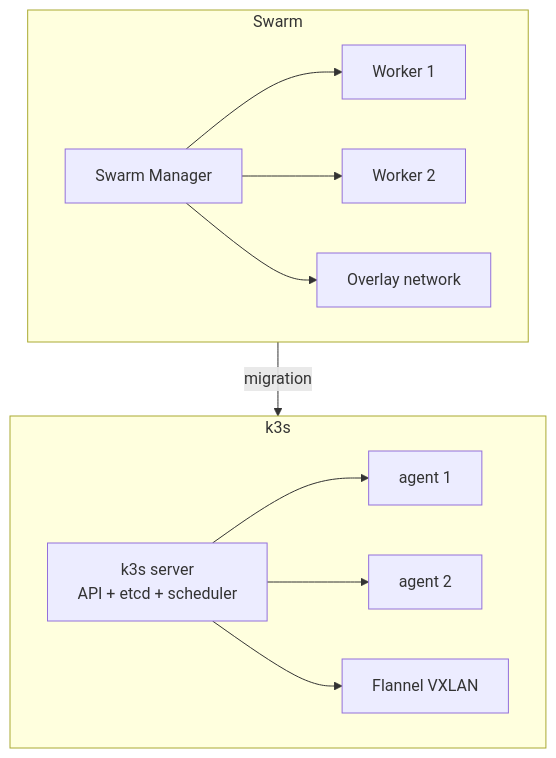
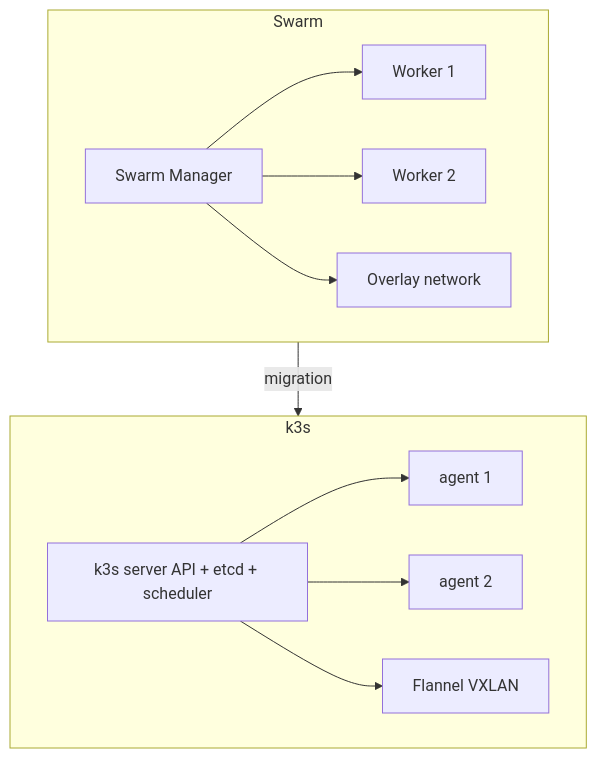
Before and after one commit to UncleJS/course_k3s: the fourth of 7 diagrams in 17_docker_to_k3s/01_mental_model_shift.md, drawn with Mermaid. The commit also changed other lines of this file and 57 other files, not shown here.

````diff
--- a/17_docker_to_k3s/01_mental_model_shift.md
+++ b/17_docker_to_k3s/01_mental_model_shift.md
@@ -256,14 +256,14 @@
 ```mermaid
 graph TD
     subgraph Swarm
         SM[Swarm Manager] --> SN1[Worker 1]
         SM --> SN2[Worker 2]
         SM --> SNET[Overlay network]
     end
     subgraph k3s
-        KS[k3s server\nAPI + etcd + scheduler] --> KA1[agent 1]
+        KS[k3s server API + etcd + scheduler] --> KA1[agent 1]
         KS --> KA2[agent 2]
         KS --> FLANNEL[Flannel VXLAN]
     end
     Swarm -->|migration| k3s
 ```
````
